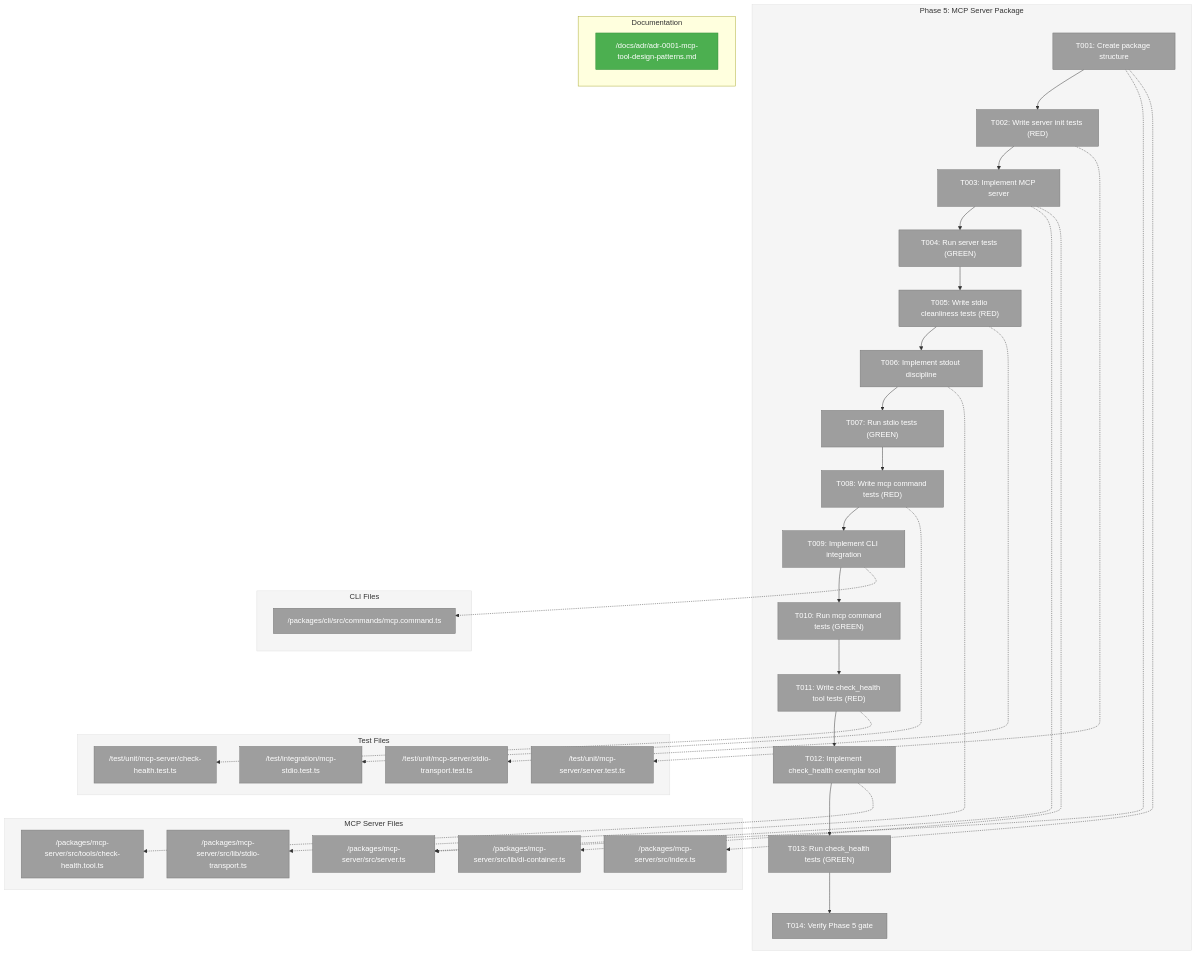
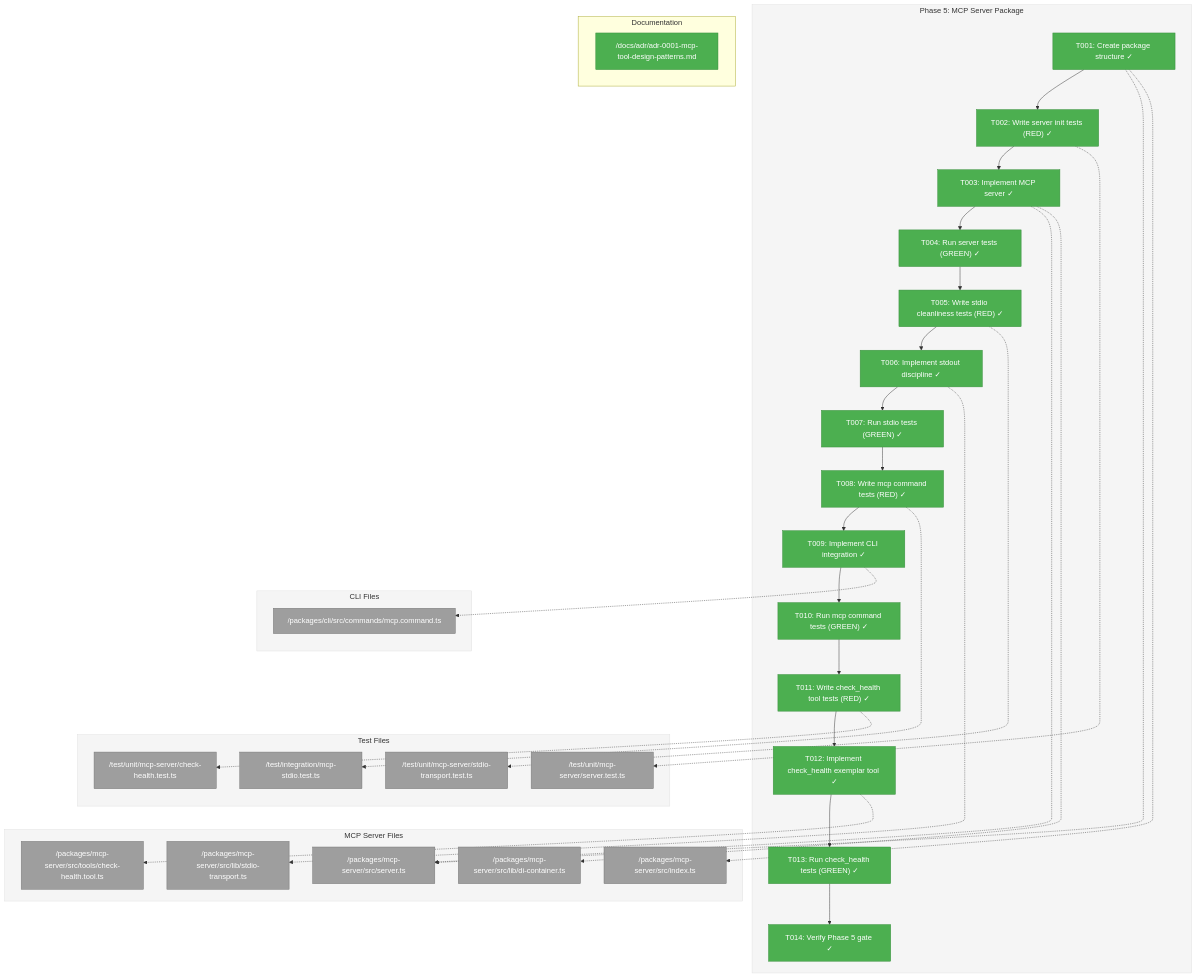
The first of 3 diagrams in docs/plans/001-project-setup/tasks/phase-5-mcp-server-package/tasks.md (AI-Substrate/chainglass), drawn with Mermaid before and after one commit. The commit also changed other lines of this file and 23 other files, not shown here.

First line of the commit message:
feat: Implement MCP Server with Dependency Injection and Stdio Transport

````diff
--- a/docs/plans/001-project-setup/tasks/phase-5-mcp-server-package/tasks.md
+++ b/docs/plans/001-project-setup/tasks/phase-5-mcp-server-package/tasks.md
@@ -79,78 +79,78 @@
 ```mermaid
 flowchart TD
     classDef pending fill:#9E9E9E,stroke:#757575,color:#fff
     classDef inprogress fill:#FF9800,stroke:#F57C00,color:#fff
     classDef completed fill:#4CAF50,stroke:#388E3C,color:#fff
     classDef blocked fill:#F44336,stroke:#D32F2F,color:#fff
 
     style Phase fill:#F5F5F5,stroke:#E0E0E0
     style ServerFiles fill:#F5F5F5,stroke:#E0E0E0
     style CLIFiles fill:#F5F5F5,stroke:#E0E0E0
     style TestFiles fill:#F5F5F5,stroke:#E0E0E0
 
     subgraph Phase["Phase 5: MCP Server Package"]
-        T001["T001: Create package structure"]:::pending
-        T002["T002: Write server init tests (RED)"]:::pending
-        T003["T003: Implement MCP server"]:::pending
-        T004["T004: Run server tests (GREEN)"]:::pending
-        T005["T005: Write stdio cleanliness tests (RED)"]:::pending
-        T006["T006: Implement stdout discipline"]:::pending
-        T007["T007: Run stdio tests (GREEN)"]:::pending
-        T008["T008: Write mcp command tests (RED)"]:::pending
-        T009["T009: Implement CLI integration"]:::pending
-        T010["T010: Run mcp command tests (GREEN)"]:::pending
-        T011["T011: Write check_health tool tests (RED)"]:::pending
-        T012["T012: Implement check_health exemplar tool"]:::pending
-        T013["T013: Run check_health tests (GREEN)"]:::pending
-        T014["T014: Verify Phase 5 gate"]:::pending
+        T001["T001: Create package structure ✓"]:::completed
+        T002["T002: Write server init tests (RED) ✓"]:::completed
+        T003["T003: Implement MCP server ✓"]:::completed
+        T004["T004: Run server tests (GREEN) ✓"]:::completed
+        T005["T005: Write stdio cleanliness tests (RED) ✓"]:::completed
+        T006["T006: Implement stdout discipline ✓"]:::completed
+        T007["T007: Run stdio tests (GREEN) ✓"]:::completed
+        T008["T008: Write mcp command tests (RED) ✓"]:::completed
+        T009["T009: Implement CLI integration ✓"]:::completed
+        T010["T010: Run mcp command tests (GREEN) ✓"]:::completed
+        T011["T011: Write check_health tool tests (RED) ✓"]:::completed
+        T012["T012: Implement check_health exemplar tool ✓"]:::completed
+        T013["T013: Run check_health tests (GREEN) ✓"]:::completed
+        T014["T014: Verify Phase 5 gate ✓"]:::completed
 
         T001 --> T002
         T002 --> T003
         T003 --> T004
         T004 --> T005
         T005 --> T006
         T006 --> T007
         T007 --> T008
         T008 --> T009
         T009 --> T010
         T010 --> T011
         T011 --> T012
         T012 --> T013
         T013 --> T014
     end
 
     subgraph ServerFiles["MCP Server Files"]
         S1["/packages/mcp-server/src/server.ts"]:::pending
         S2["/packages/mcp-server/src/index.ts"]:::pending
         S3["/packages/mcp-server/src/lib/di-container.ts"]:::pending
         S4["/packages/mcp-server/src/lib/stdio-transport.ts"]:::pending
         S5["/packages/mcp-server/src/tools/check-health.tool.ts"]:::pending
     end
 
     subgraph CLIFiles["CLI Files"]
         C1["/packages/cli/src/commands/mcp.command.ts"]:::pending
     end
 
     subgraph DocsFiles["Documentation"]
         D1["/docs/adr/adr-0001-mcp-tool-design-patterns.md"]:::completed
     end
 
     subgraph TestFiles["Test Files"]
         Te1["/test/unit/mcp-server/server.test.ts"]:::pending
         Te2["/test/unit/mcp-server/stdio-transport.test.ts"]:::pending
         Te3["/test/integration/mcp-stdio.test.ts"]:::pending
         Te4["/test/unit/mcp-server/check-health.test.ts"]:::pending
     end
 
     T001 -.-> S1
     T001 -.-> S2
     T003 -.-> S1
     T003 -.-> S3
     T006 -.-> S4
     T009 -.-> C1
     T012 -.-> S5
     T002 -.-> Te1
     T005 -.-> Te2
     T008 -.-> Te3
     T011 -.-> Te4
 ```
````
